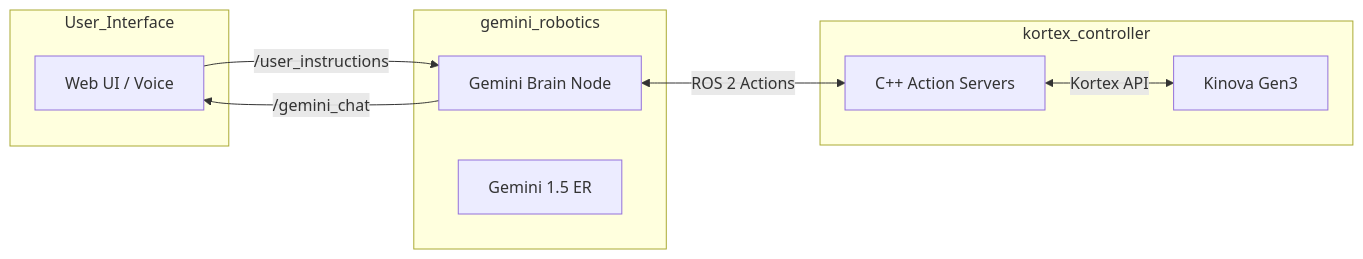
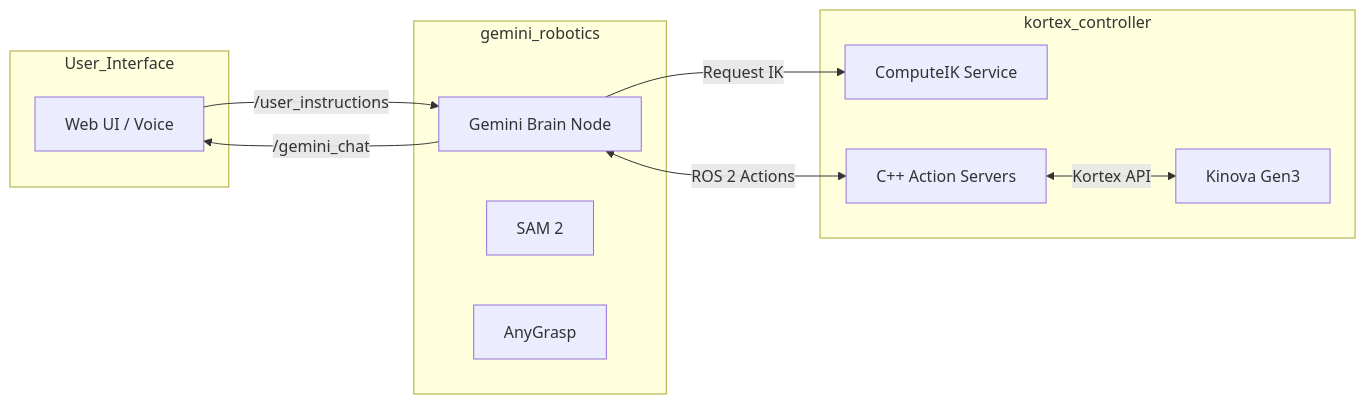
The first of 4 diagrams in system_architecture.md (jakmilller/kinova-gemini), drawn with Mermaid before and after one commit. The commit also changed other lines of this file and 18 other files, not shown here.

````diff
--- a/system_architecture.md
+++ b/system_architecture.md
@@ -38,21 +38,24 @@
 ```mermaid
 graph LR
     subgraph User_Interface
         UI[Web UI / Voice]
     end
 
     subgraph Intelligence [gemini_robotics]
         Brain[Gemini Brain Node]
-        ER[Gemini 1.5 ER]
+        SAM2[SAM 2]
+        AG[AnyGrasp]
     end
 
     subgraph Hardware [kortex_controller]
+        IK[ComputeIK Service]
         Kortex[C++ Action Servers]
         Robot[Kinova Gen3]
     end
 
     UI -->|/user_instructions| Brain
     Brain -->|/gemini_chat| UI
+    Brain -->|Request IK| IK
     Brain <-->|ROS 2 Actions| Kortex
     Kortex <-->|Kortex API| Robot
 ```
````
